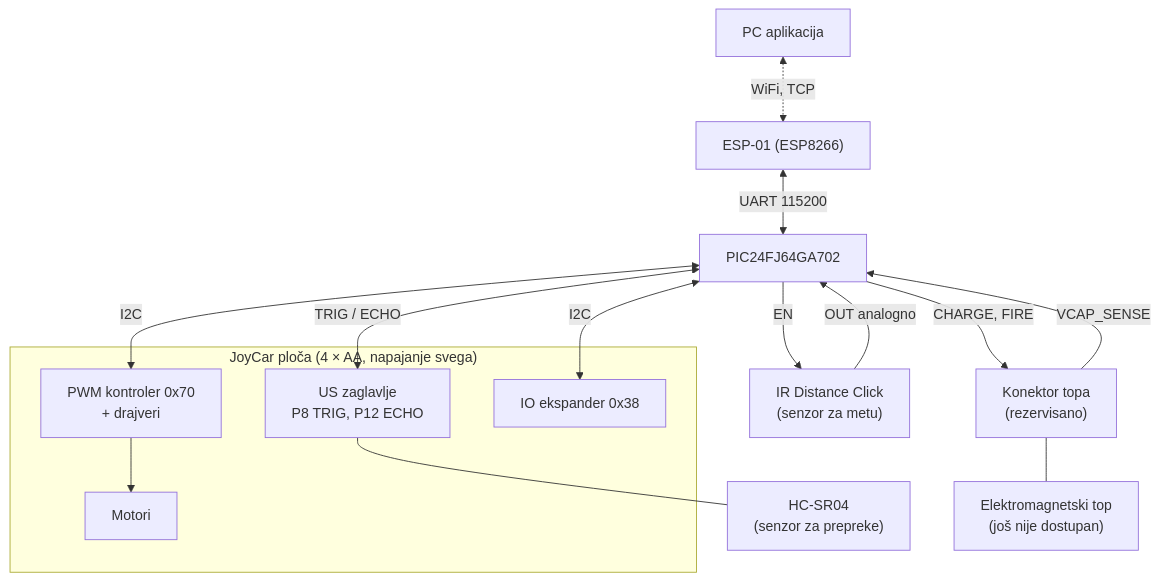
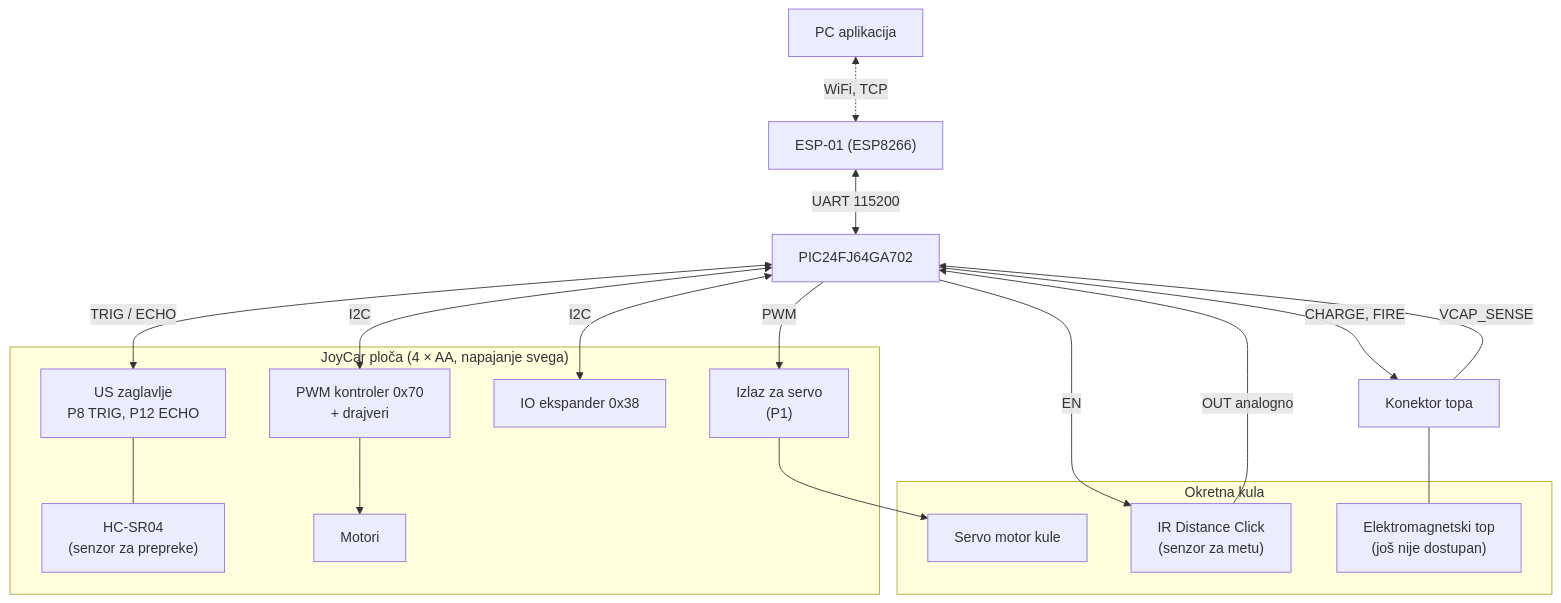
The first of 2 diagrams in docs/architecture/hardware.md (lukavidic/Vihor), drawn with Mermaid before and after one commit. The commit also changed other lines of this file, not shown here.

Commit message:
Dodana kula, servo na RB14 (v0.3)

````diff
--- a/docs/architecture/hardware.md
+++ b/docs/architecture/hardware.md
@@ -24,30 +25,37 @@
 ```mermaid
 flowchart TB
     APP["PC aplikacija"]
     ESP["ESP-01 (ESP8266)"]
     MCU["PIC24FJ64GA702"]
-    IR["IR Distance Click<br/>(senzor za metu)"]
-    HCSR["HC-SR04<br/>(senzor za prepreke)"]
-    CONN["Konektor topa<br/>(rezervisano)"]
-    TOP["Elektromagnetski top<br/>(još nije dostupan)"]
+    CONN["Konektor topa"]
 
     subgraph JC["JoyCar ploča (4 × AA, napajanje svega)"]
         USH["US zaglavlje<br/>P8 TRIG, P12 ECHO"]
+        HCSR["HC-SR04<br/>(senzor za prepreke)"]
         PWM["PWM kontroler 0x70<br/>+ drajveri"]
         IOX["IO ekspander 0x38"]
         MOT["Motori"]
+        SRV["Izlaz za servo<br/>(P1)"]
+    end
+
+    subgraph KULA["Okretna kula"]
+        SERVO["Servo motor kule"]
+        IR["IR Distance Click<br/>(senzor za metu)"]
+        TOP["Elektromagnetski top<br/>(još nije dostupan)"]
     end
 
     APP <-.->|"WiFi, TCP"| ESP
     ESP <-->|"UART 115200"| MCU
-    IR -->|"OUT analogno"| MCU
-    MCU -->|"EN"| IR
     MCU <-->|"I2C"| PWM
     MCU <-->|"I2C"| IOX
     PWM --> MOT
     MCU <-->|"TRIG / ECHO"| USH
     USH --- HCSR
+    MCU -->|"PWM"| SRV
+    SRV --> SERVO
+    IR -->|"OUT analogno"| MCU
+    MCU -->|"EN"| IR
     MCU -->|"CHARGE, FIRE"| CONN
     CONN -->|"VCAP_SENSE"| MCU
     CONN --- TOP
 ```
````
